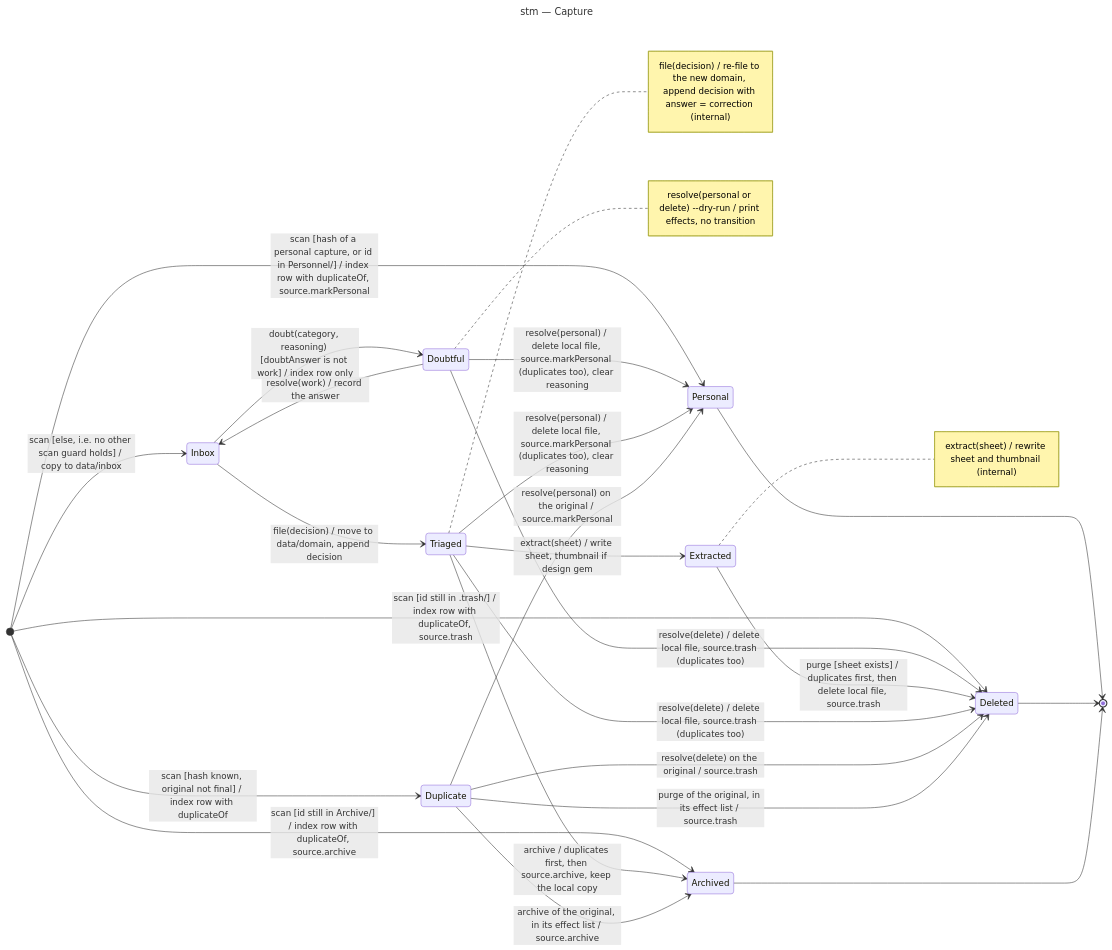
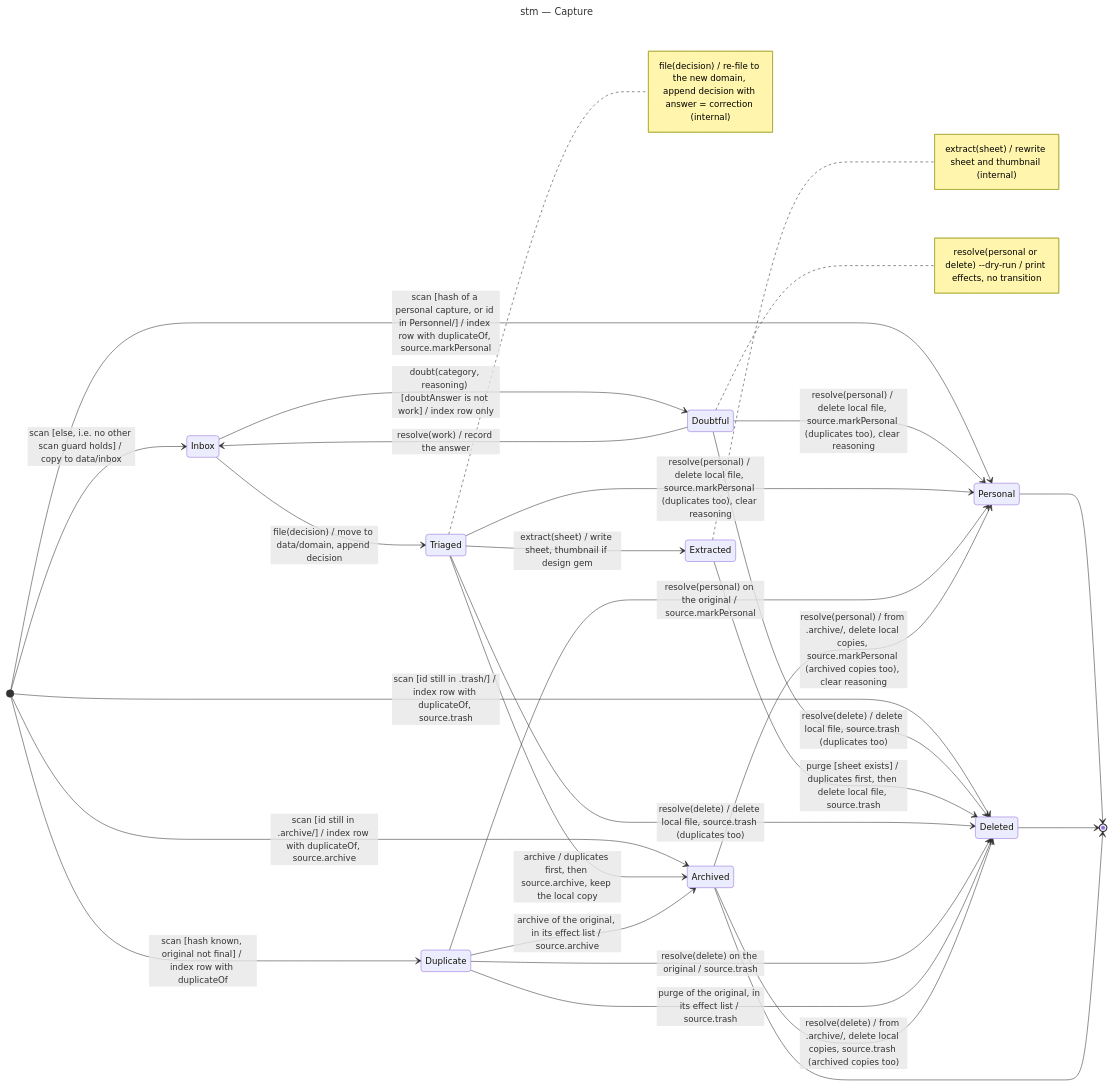
One commit to benoit-bremaud/screenshot-triage changed the diagram in docs/architecture/diagrams/triage/05-state-capture.md. Above: the diagram before and after it, drawn with Mermaid. The commit also changed other lines of this file and 29 other files, not shown here.

````diff
--- a/docs/architecture/diagrams/triage/05-state-capture.md
+++ b/docs/architecture/diagrams/triage/05-state-capture.md
@@ -13,38 +13,40 @@
 ```mermaid
 ---
 title: stm — Capture
 ---
 stateDiagram-v2
   direction LR
   [*] --> Inbox: scan [else, i.e. no other scan guard holds] / copy to data/inbox
   [*] --> Duplicate: scan [hash known, original not final] / index row with duplicateOf
   [*] --> Personal: scan [hash of a personal capture, or id in Personnel/] / index row with duplicateOf, source.markPersonal
   [*] --> Deleted: scan [id still in .trash/] / index row with duplicateOf, source.trash
-  [*] --> Archived: scan [id still in Archive/] / index row with duplicateOf, source.archive
+  [*] --> Archived: scan [id still in .archive/] / index row with duplicateOf, source.archive
   Inbox --> Triaged: file(decision) / move to data/domain, append decision
   Inbox --> Doubtful: doubt(category, reasoning) [doubtAnswer is not work] / index row only
   Doubtful --> Inbox: resolve(work) / record the answer
   Doubtful --> Personal: resolve(personal) / delete local file, source.markPersonal (duplicates too), clear reasoning
   Doubtful --> Deleted: resolve(delete) / delete local file, source.trash (duplicates too)
   Triaged --> Extracted: extract(sheet) / write sheet, thumbnail if design gem
   Extracted --> Deleted: purge [sheet exists] / duplicates first, then delete local file, source.trash
   Triaged --> Personal: resolve(personal) / delete local file, source.markPersonal (duplicates too), clear reasoning
   Triaged --> Deleted: resolve(delete) / delete local file, source.trash (duplicates too)
   Triaged --> Archived: archive / duplicates first, then source.archive, keep the local copy
   Duplicate --> Archived: archive of the original, in its effect list / source.archive
   Duplicate --> Personal: resolve(personal) on the original / source.markPersonal
   Duplicate --> Deleted: resolve(delete) on the original / source.trash
   Duplicate --> Deleted: purge of the original, in its effect list / source.trash
   Personal --> [*]
   Deleted --> [*]
+  Archived --> Personal: resolve(personal) / from .archive/, delete local copies, source.markPersonal (archived copies too), clear reasoning
+  Archived --> Deleted: resolve(delete) / from .archive/, delete local copies, source.trash (archived copies too)
   Archived --> [*]
   note right of Triaged
     file(decision) / re-file to the new domain, append decision with answer = correction (internal)
   end note
   note right of Extracted
     extract(sheet) / rewrite sheet and thumbnail (internal)
   end note
   note right of Doubtful
     resolve(personal or delete) --dry-run / print effects, no transition
   end note
 ```
````
